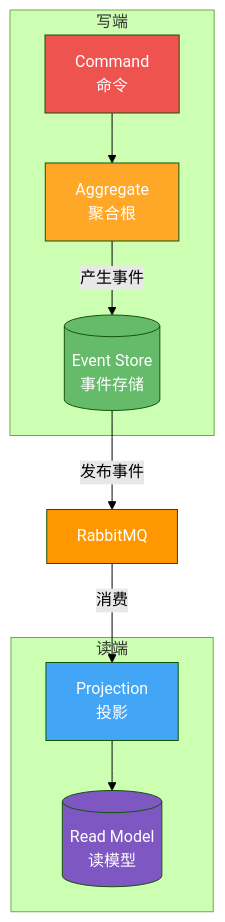
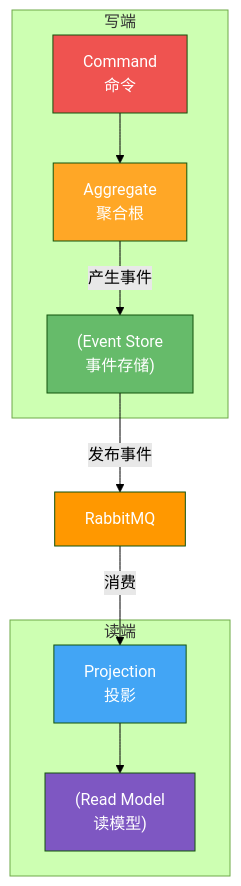
The third of 8 diagrams in src/后端开发/RabbitMQ/09_生产级架构设计/02_事件溯源与CQRS.md (moklgydocs/moklgydocs.github.io), drawn with Mermaid (forest theme) before and after one commit. The commit also changed other lines of this file and 178 other files, not shown here.

First line of the commit message:
fix: 修复 mermaid 图表语法错误 - 为含 <br/> 的标签添加引号、修复未闭合引号

````diff
--- a/src/后端开发/RabbitMQ/09_生产级架构设计/02_事件溯源与CQRS.md
+++ b/src/后端开发/RabbitMQ/09_生产级架构设计/02_事件溯源与CQRS.md
@@ -89,26 +89,26 @@
 ```mermaid
 flowchart TB
-    CMD[Command<br/>命令] --> AGG[Aggregate<br/>聚合根]
-    AGG -->|产生事件| ES[(Event Store<br/>事件存储)]
+    CMD["Command<br/>命令"] --> AGG["Aggregate<br/>聚合根"]
+    AGG -->|产生事件| ES["(Event Store<br/>事件存储)"]
     ES -->|发布事件| MQ[RabbitMQ]
-    MQ -->|消费| PROJ[Projection<br/>投影]
-    PROJ --> RM[(Read Model<br/>读模型)]
+    MQ -->|消费| PROJ["Projection<br/>投影"]
+    PROJ --> RM["(Read Model<br/>读模型)"]
 
     subgraph 写端
         CMD
         AGG
         ES
     end
 
     subgraph 读端
         PROJ
         RM
     end
 
     style CMD fill:#EF5350,color:#fff
     style AGG fill:#FFA726,color:#fff
     style ES fill:#66BB6A,color:#fff
     style MQ fill:#FF9800,color:#fff
     style PROJ fill:#42A5F5,color:#fff
     style RM fill:#7E57C2,color:#fff
 ```
````
